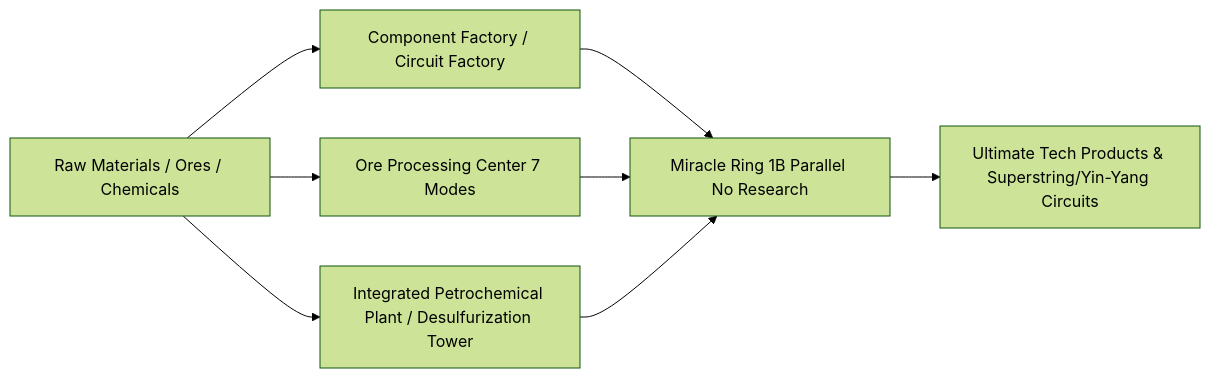
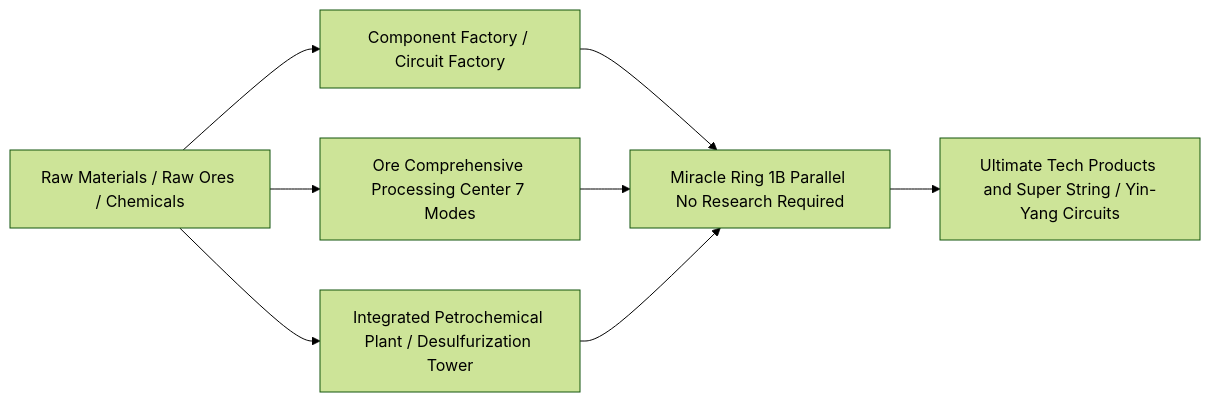
Before and after one commit to takanashisatou/GregtechEasy: the diagram in docs/en/gtecore/machines-and-multiblocks.md, drawn with Mermaid (forest theme). The commit also changed other lines of this file and 144 other files, not shown here.

````diff
--- a/docs/en/gtecore/machines-and-multiblocks.md
+++ b/docs/en/gtecore/machines-and-multiblocks.md
@@ -27,8 +27,8 @@
 ```mermaid
 graph LR
-    A[Raw Materials / Ores / Chemicals] --> B[Component Factory / Circuit Factory]
-    A --> C[Ore Processing Center 7 Modes]
+    A[Raw Materials / Raw Ores / Chemicals] --> B[Component Factory / Circuit Factory]
+    A --> C[Ore Comprehensive Processing Center 7 Modes]
     A --> D[Integrated Petrochemical Plant / Desulfurization Tower]
-    B & C & D --> E[Miracle Ring 1B Parallel No Research]
-    E --> F[Ultimate Tech Products & Superstring/Yin-Yang Circuits]
+    B & C & D --> E[Miracle Ring 1B Parallel No Research Required]
+    E --> F[Ultimate Tech Products and Super String / Yin-Yang Circuits]
 ```
````
